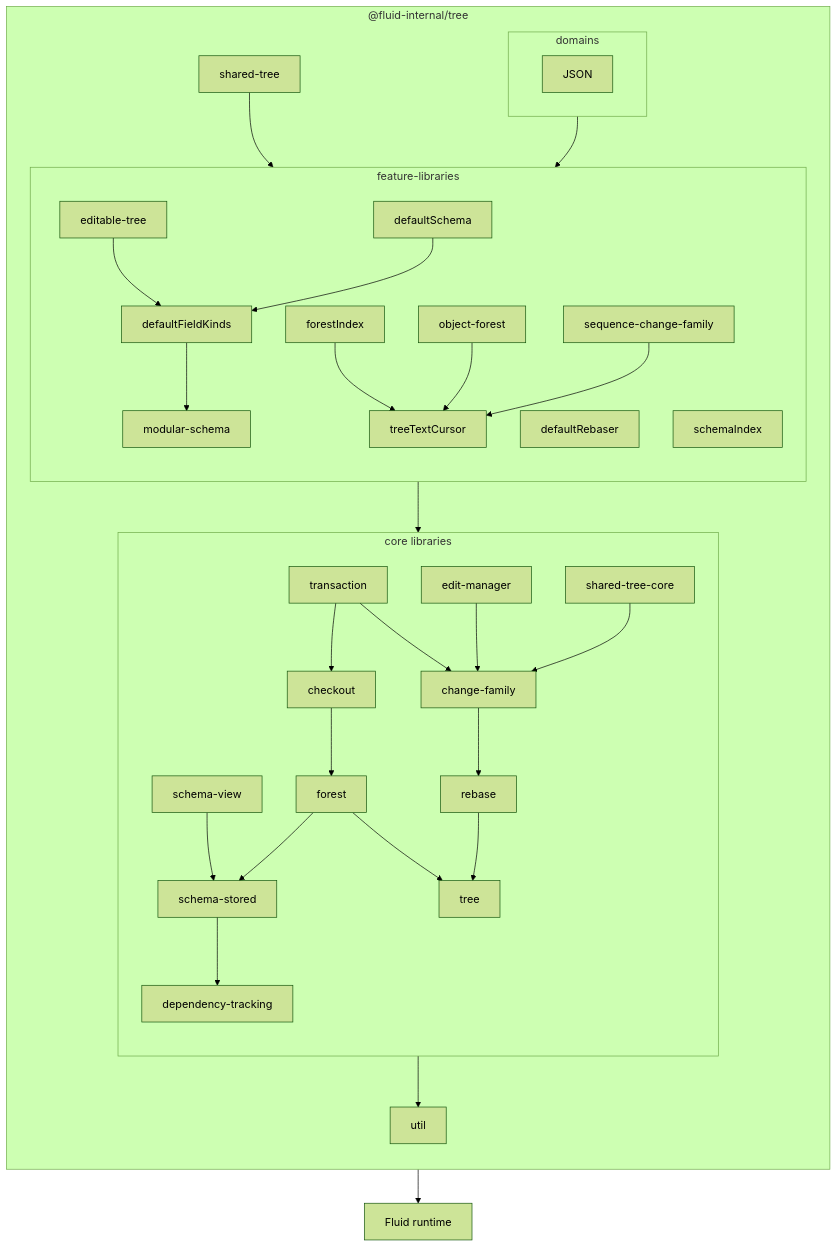
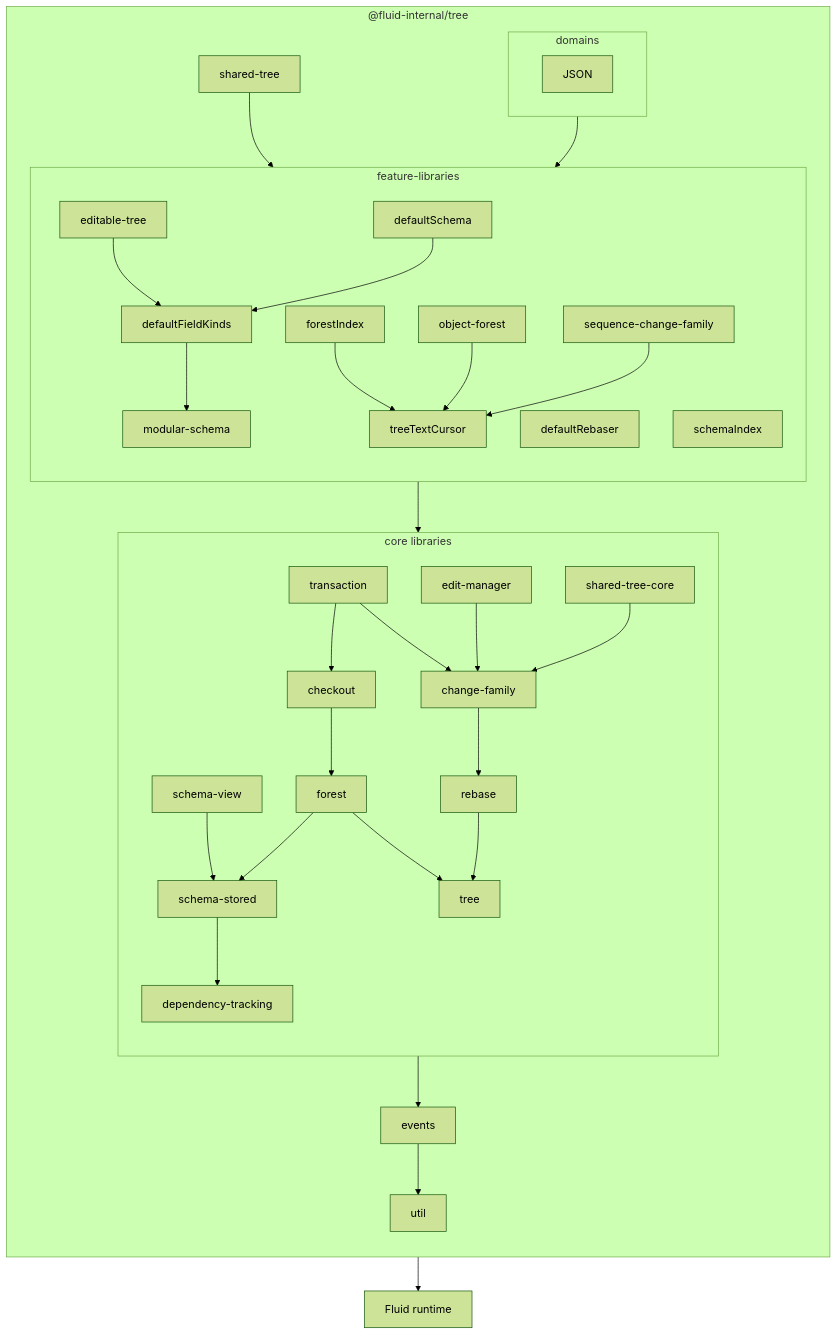
The sixth of 6 diagrams in packages/dds/tree/README.md (microsoft/FluidFramework), drawn with Mermaid (forest theme) before and after one commit. The commit also changed 3 other files, not shown here.

````diff
--- a/packages/dds/tree/README.md
+++ b/packages/dds/tree/README.md
@@ -283,41 +283,42 @@
 ```mermaid
 flowchart
     direction TB
     subgraph package ["@fluid-internal/tree"]
         direction TB
         subgraph core ["core libraries"]
             direction TB
             checkout-->forest
             shared-tree-core-->change-family
             forest-->schema-stored
             change-family-->rebase
             edit-manager-->change-family
             rebase-->tree
             schema-stored-->dependency-tracking
             schema-view-->schema-stored
             transaction-->change-family
             transaction-->checkout
             dependency-tracking
             forest-->tree
         end
-        core-->util
+        core-->events
+        events-->util
         feature-->core
         shared-tree-->feature
         subgraph feature ["feature-libraries"]
             direction TB
             editable-tree-->defaultFieldKinds
             defaultRebaser
             defaultSchema-->defaultFieldKinds-->modular-schema
             forestIndex-->treeTextCursor
             modular-schema
             object-forest-->treeTextCursor
             schemaIndex
             sequence-change-family-->treeTextCursor
         end
         subgraph domains
             JSON
         end
         domains-->feature
     end
     package-->runtime["Fluid runtime"]
 ```
````
